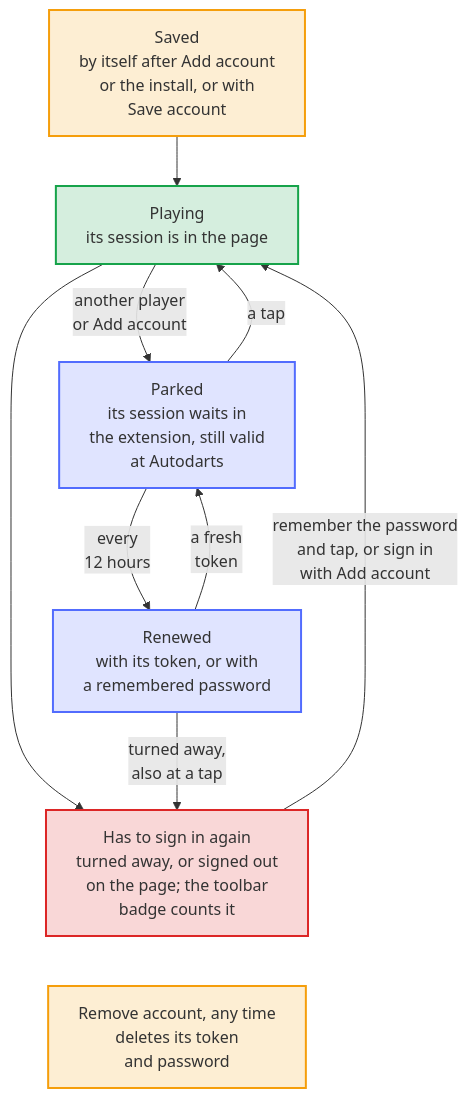
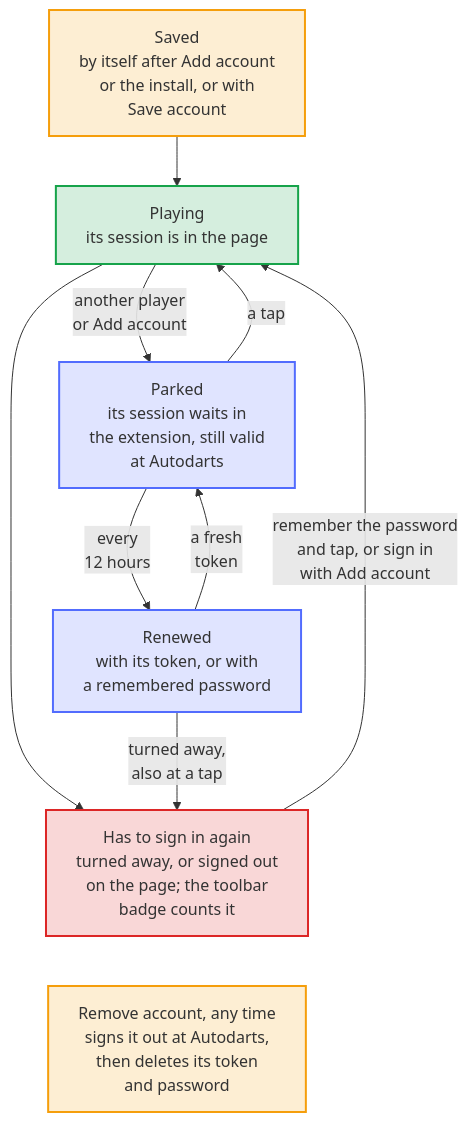
Before and after one commit to Dennis-Otto/player-switch-for-autodarts: the diagram in docs/diagrams/account-states.mmd, drawn with Mermaid. The commit also changed 56 other files, not shown here.

First line of the commit message:
feat: end the session at Autodarts when an account is removed, and add Forget all (#81)

```diff
--- a/docs/diagrams/account-states.mmd
+++ b/docs/diagrams/account-states.mmd
@@ -1,34 +1,34 @@
 ---
 config:
   flowchart:
     wrappingWidth: 400
 ---
 flowchart TB
     accTitle: The life of a saved account
-    accDescr: An account that signs in on the page is saved by itself after Add account or the install, or with Save account, and it plays. When another player comes on, or Add account signs the page out, its session is parked, still valid at Autodarts, and a tap brings it back. Every 12 hours the extension renews each parked session, with its token or a remembered password. When Autodarts turns an account away, in a renewal or at a tap, or it signs out on the page, it has to sign in again, and the toolbar badge counts it: remember its password and tap it, or sign in once with Add account. Remove account deletes an account with its token and password, whatever its state.
+    accDescr: An account that signs in on the page is saved by itself after Add account or the install, or with Save account, and it plays. When another player comes on, or Add account signs the page out, its session is parked, still valid at Autodarts, and a tap brings it back. Every 12 hours the extension renews each parked session, with its token or a remembered password. When Autodarts turns an account away, in a renewal or at a tap, or it signs out on the page, it has to sign in again, and the toolbar badge counts it: remember its password and tap it, or sign in once with Add account. Remove account signs an account out at Autodarts and then deletes it with its token and password, whatever its state.
 
     save["Saved<br>by itself after Add account<br>or the install, or with<br>Save account"]
     playing["Playing<br>its session is in the page"]
     parked["Parked<br>its session waits in<br>the extension, still valid<br>at Autodarts"]
     renewal["Renewed<br>with its token, or with<br>a remembered password"]
     signin["Has to sign in again<br>turned away, or signed out<br>on the page; the toolbar<br>badge counts it"]
-    removed["Remove account, any time<br>deletes its token<br>and password"]
+    removed["Remove account, any time<br>signs it out at Autodarts,<br>then deletes its token<br>and password"]
 
     save --> playing
     playing -- "another player<br>or Add account" --> parked
     parked -- "a tap" --> playing
     parked -- "every<br>12 hours" --> renewal
     renewal -- "a fresh<br>token" --> parked
     playing --> signin
     renewal -- "turned away,<br>also at a tap" --> signin
     signin -- "remember the password<br>and tap, or sign in<br>with Add account" --> playing
     signin ~~~ removed
 
     classDef bot fill:#526cfe2e,stroke:#526cfe,stroke-width:2px
     classDef done fill:#16a34a2e,stroke:#16a34a,stroke-width:2px
     classDef person fill:#f59e0b2e,stroke:#f59e0b,stroke-width:2px
     classDef failed fill:#dc26262e,stroke:#dc2626,stroke-width:2px
     class save,removed person
     class playing done
     class parked,renewal bot
     class signin failed
```
